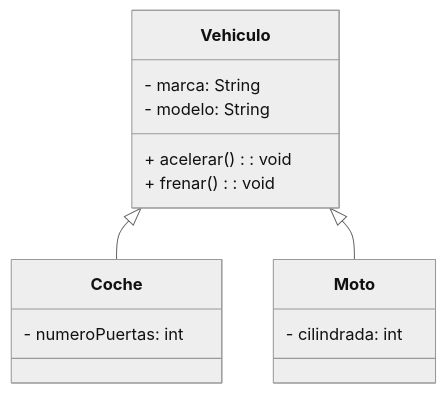
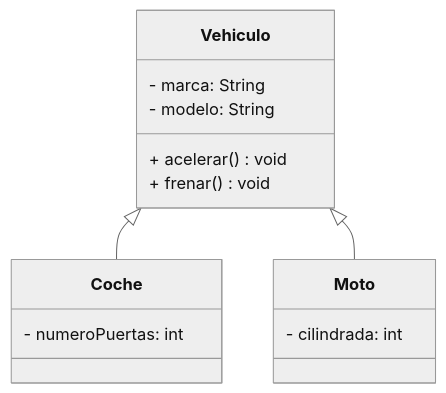
One commit to danielmartinan/entornos_desarrollo_2024-25 changed the second of 2 diagrams in UD6_refactorizacion_documentacion/apuntes/ud6_3_markdown.md. Above: the diagram before and after it, drawn with Mermaid (neutral theme). The commit also changed other lines of this file and 22 other files, not shown here.

````diff
--- a/UD6_refactorizacion_documentacion/apuntes/ud6_3_markdown.md
+++ b/UD6_refactorizacion_documentacion/apuntes/ud6_3_markdown.md
@@ -548,17 +548,17 @@
 ```mermaid
 classDiagram
     class Vehiculo {
         - marca: String
         - modelo: String
-        + acelerar(): void
-        + frenar(): void
+        + acelerar() void
+        + frenar() void
     }
     class Coche {
         - numeroPuertas: int
     }
     class Moto {
         - cilindrada: int
     }
     Vehiculo <|-- Coche
     Vehiculo <|-- Moto
 ```
````
